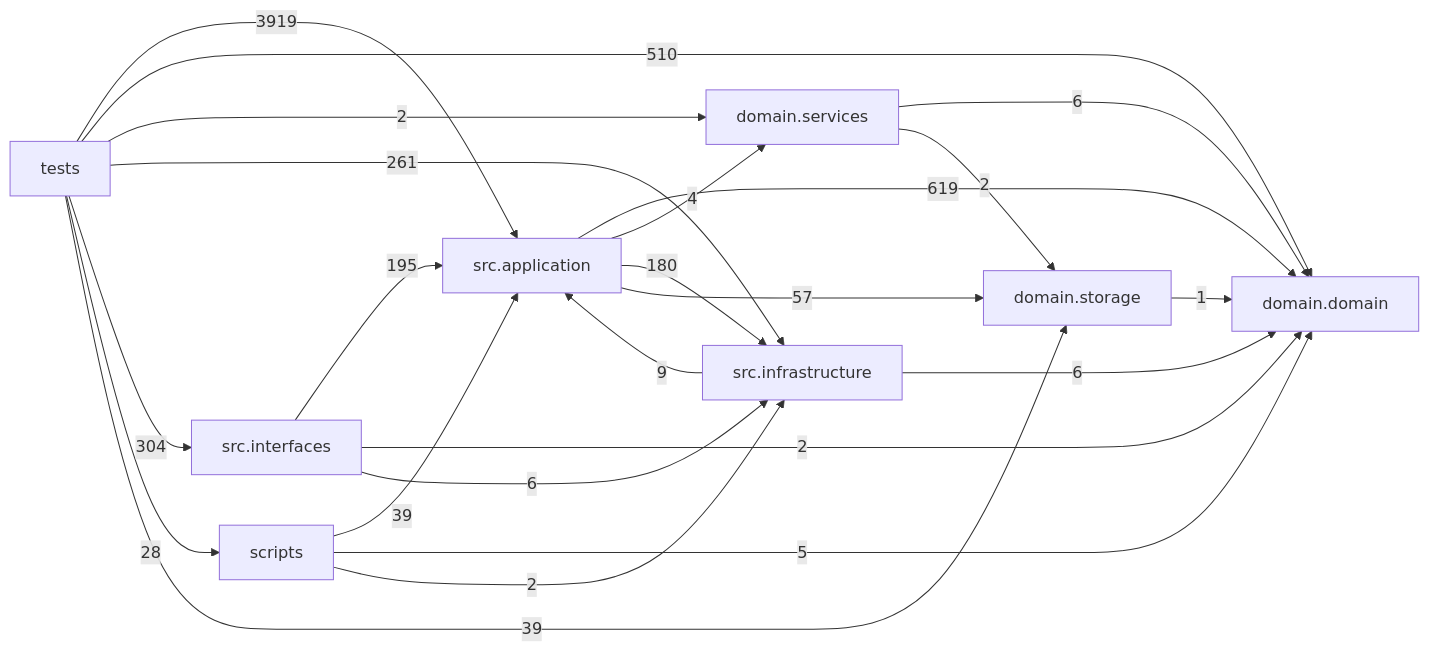
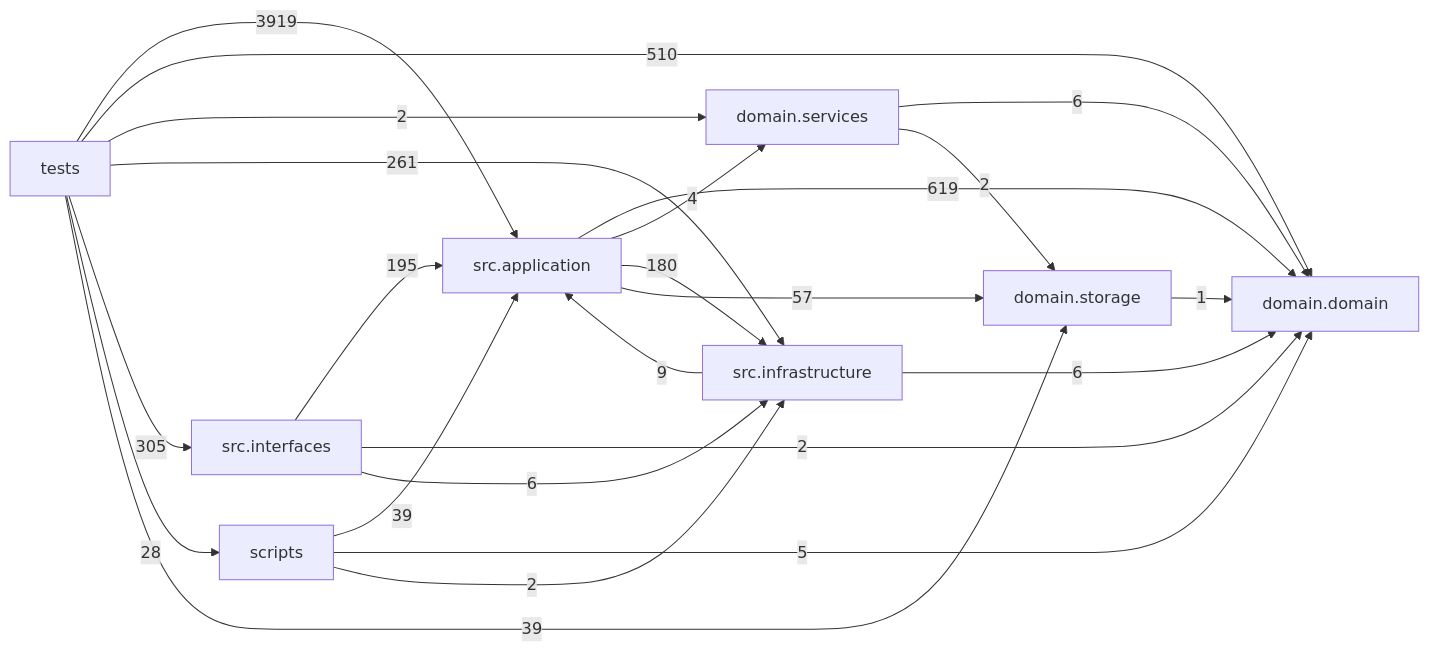
The diagram in docs/DEPENDENCY_GRAPH.md (liuxie066/options-monitor), drawn with Mermaid before and after one commit. The commit also changed other lines of this file and 3 other files, not shown here.

````diff
--- a/docs/DEPENDENCY_GRAPH.md
+++ b/docs/DEPENDENCY_GRAPH.md
@@ -24,33 +24,33 @@
 ```mermaid
 flowchart LR
   tests["tests"]
   scripts["scripts"]
   interfaces["src.interfaces"]
   application["src.application"]
   infrastructure["src.infrastructure"]
   domain_services["domain.services"]
   domain["domain.domain"]
   storage["domain.storage"]
   application -->|619| domain
   application -->|4| domain_services
   application -->|180| infrastructure
   application -->|57| storage
   domain_services -->|6| domain
   domain_services -->|2| storage
   infrastructure -->|9| application
   infrastructure -->|6| domain
   interfaces -->|195| application
   interfaces -->|2| domain
   interfaces -->|6| infrastructure
   scripts -->|39| application
   scripts -->|5| domain
   scripts -->|2| infrastructure
   storage -->|1| domain
   tests -->|3919| application
   tests -->|510| domain
   tests -->|2| domain_services
   tests -->|261| infrastructure
-  tests -->|304| interfaces
+  tests -->|305| interfaces
   tests -->|28| scripts
   tests -->|39| storage
 ```
````
